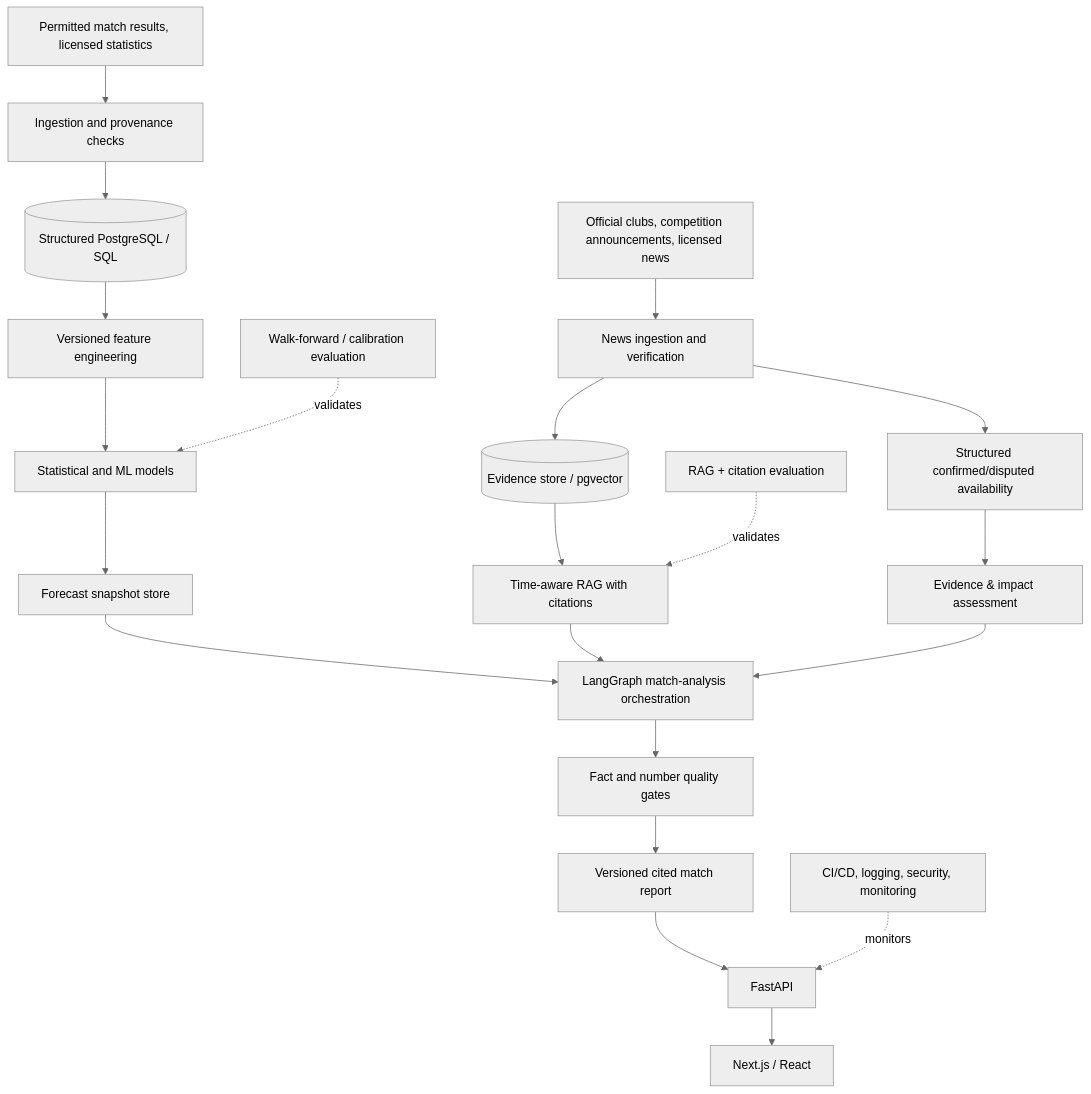
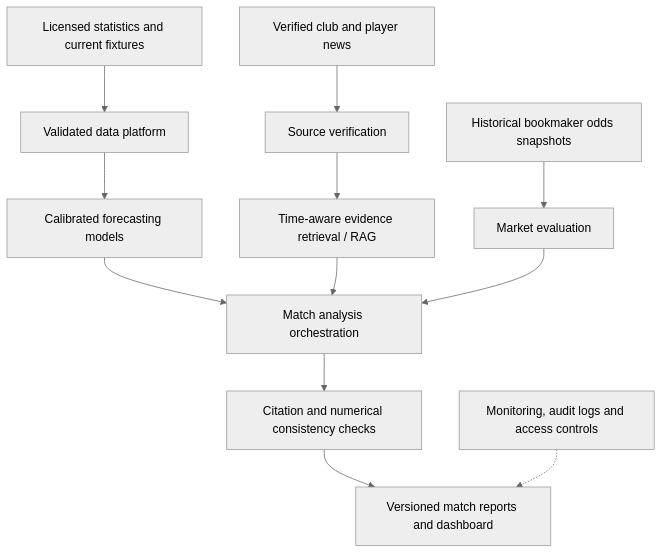
One commit to FerhatU9/AnalyzNow-AI changed the second of 2 diagrams in docs/ARCHITECTURE.md. Above: the diagram before and after it, drawn with Mermaid (neutral theme). The commit also changed other lines of this file and 11 other files, not shown here.

````diff
--- a/docs/ARCHITECTURE.md
+++ b/docs/ARCHITECTURE.md
@@ -5,23 +45,14 @@
 ```mermaid
 flowchart TD
-  A[Permitted match results, licensed statistics] --> B[Ingestion and provenance checks]
-  A2[Official clubs, competition announcements, licensed news] --> C[News ingestion and verification]
-  B --> D[(Structured PostgreSQL / SQL)]
-  D --> E[Versioned feature engineering]
-  E --> F[Statistical and ML models]
-  F --> G[Forecast snapshot store]
-  C --> H[(Evidence store / pgvector)]
-  C --> I[Structured confirmed/disputed availability]
-  H --> J[Time-aware RAG with citations]
-  I --> K[Evidence & impact assessment]
-  G --> L[LangGraph match-analysis orchestration]
-  J --> L
-  K --> L
-  L --> M[Fact and number quality gates]
-  M --> N[Versioned cited match report]
-  N --> O[FastAPI]
-  O --> P[Next.js / React]
-  Q[Walk-forward / calibration evaluation] -. validates .-> F
-  R[RAG + citation evaluation] -. validates .-> J
-  S[CI/CD, logging, security, monitoring] -. monitors .-> O
+  A[Licensed statistics and current fixtures] --> B[Validated data platform]
+  C[Verified club and player news] --> D[Source verification]
+  B --> E[Calibrated forecasting models]
+  D --> F[Time-aware evidence retrieval / RAG]
+  G[Historical bookmaker odds snapshots] --> H[Market evaluation]
+  E --> I[Match analysis orchestration]
+  F --> I
+  H --> I
+  I --> J[Citation and numerical consistency checks]
+  J --> K[Versioned match reports and dashboard]
+  L[Monitoring, audit logs and access controls] -.-> K
 ```
````
